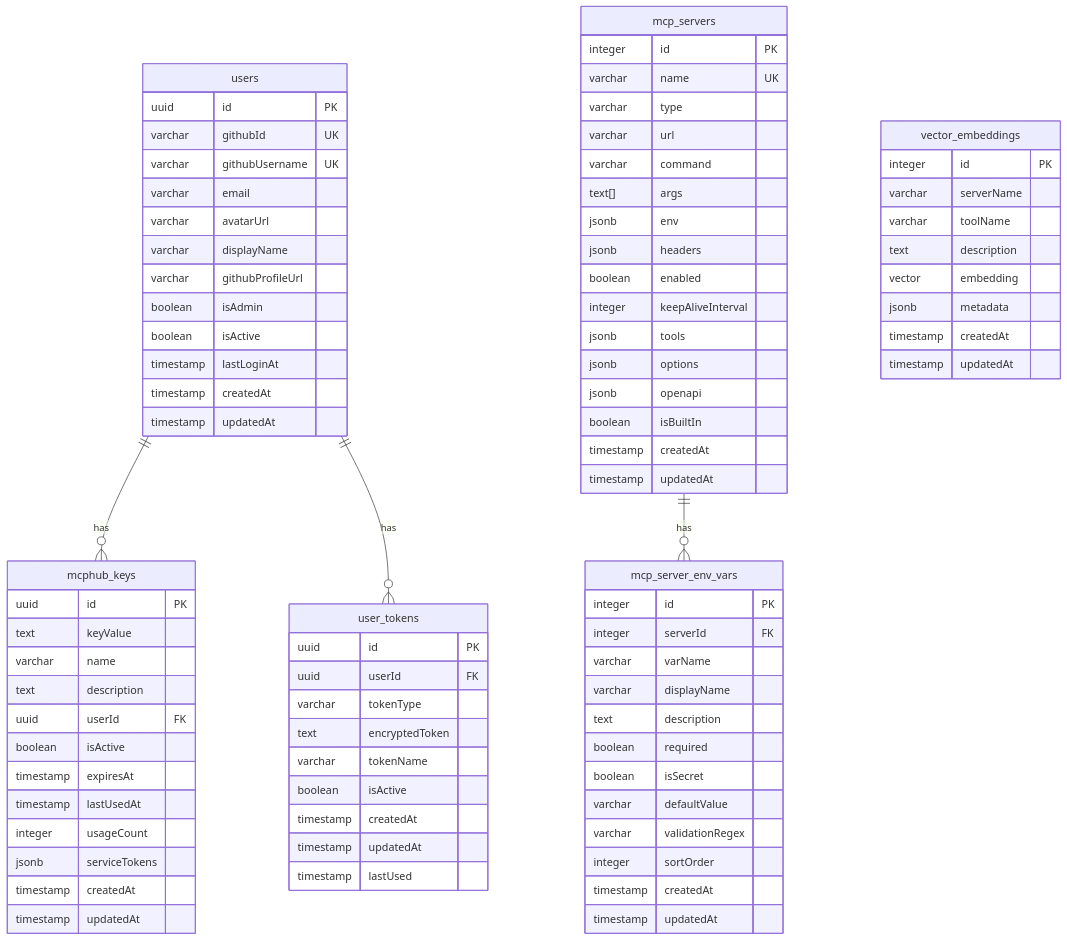
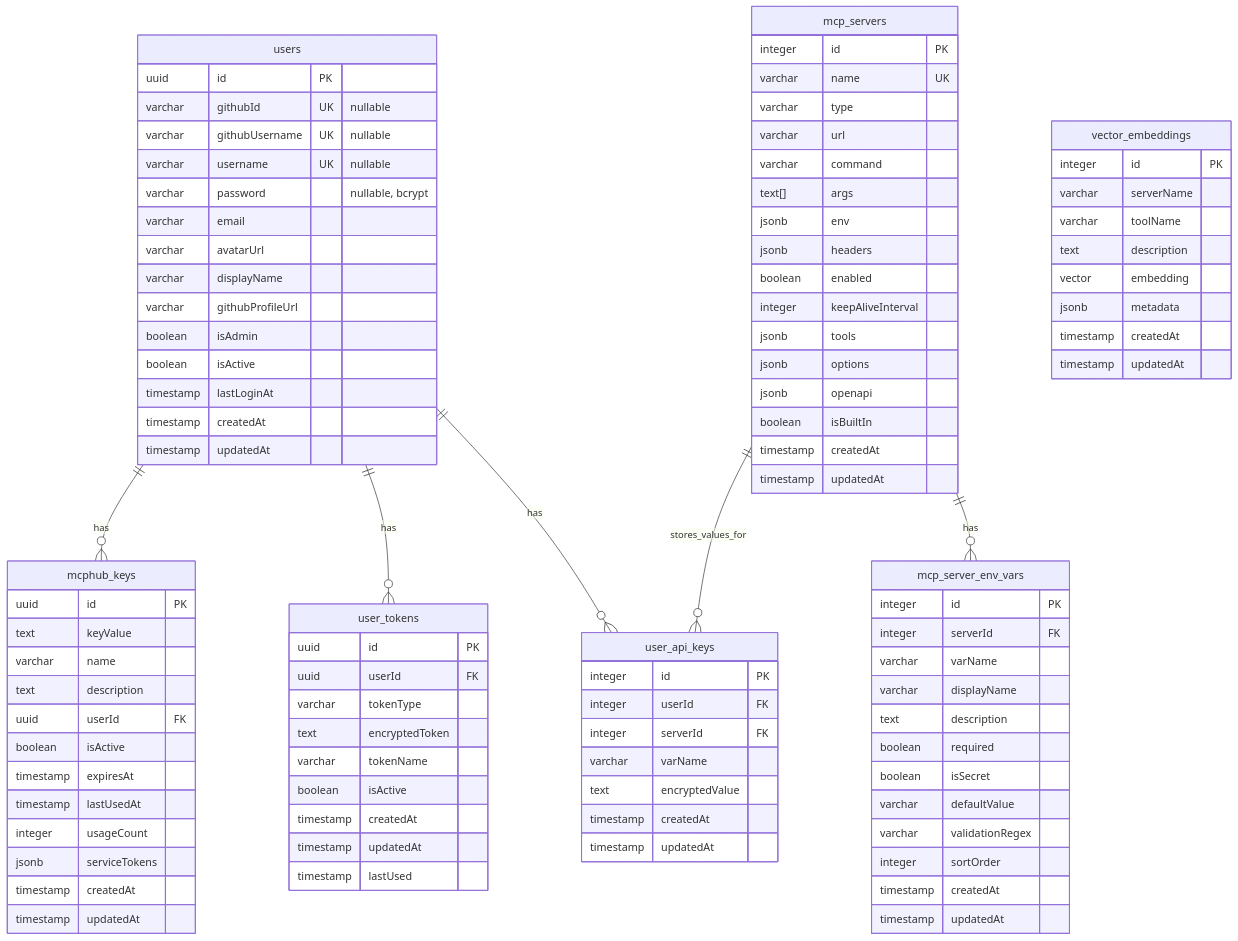
One commit to kt-monitoring-poc/mcphub changed the diagram in docs/database-schema.md. Above: the diagram before and after it, drawn with Mermaid. The commit also changed other lines of this file and 30 other files, not shown here.

```diff
--- a/docs/database-schema.md
+++ b/docs/database-schema.md
@@ -165,11 +194,15 @@
 erDiagram
     users ||--o{ mcphub_keys : "has"
     users ||--o{ user_tokens : "has"
+    users ||--o{ user_api_keys : "has"
     mcp_servers ||--o{ mcp_server_env_vars : "has"
+    mcp_servers ||--o{ user_api_keys : "stores_values_for"
     users {
         uuid id PK
-        varchar githubId UK
-        varchar githubUsername UK
+        varchar githubId UK "nullable"
+        varchar githubUsername UK "nullable"
+        varchar username UK "nullable"
+        varchar password "nullable, bcrypt"
         varchar email
         varchar avatarUrl
         varchar displayName
@@ -191,6 +224,15 @@
         timestamp lastUsedAt
         integer usageCount
         jsonb serviceTokens
+        timestamp createdAt
+        timestamp updatedAt
+    }
+    user_api_keys {
+        integer id PK
+        integer userId FK
+        integer serverId FK
+        varchar varName
+        text encryptedValue
         timestamp createdAt
         timestamp updatedAt
     }
```
